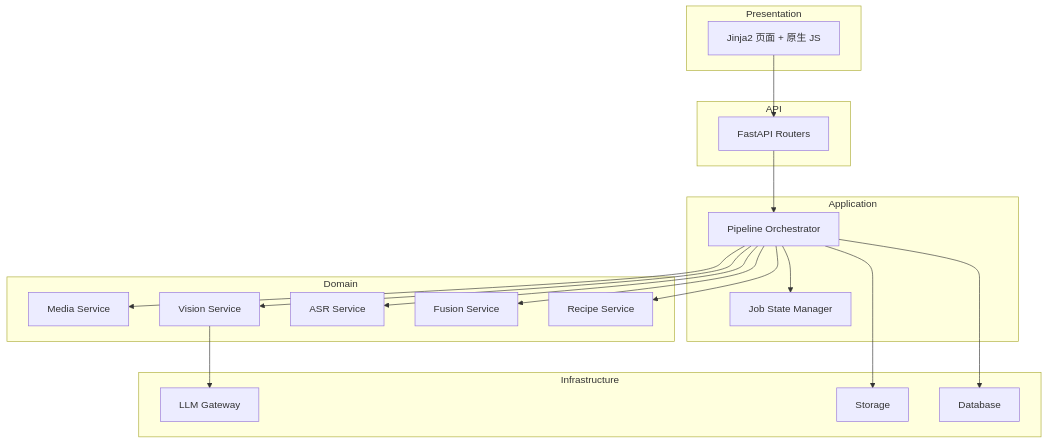
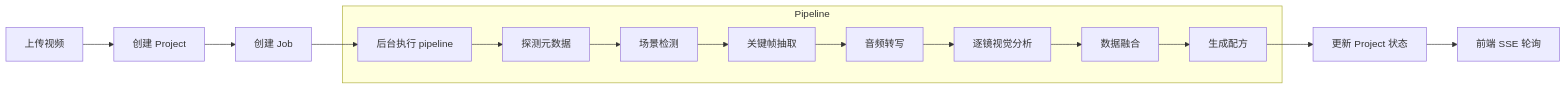
One commit to MrWXF/video-reverse-studio changed the first of 2 diagrams in docs/02-architecture.md. Above: the diagram before and after it, drawn with Mermaid. The commit also changed other lines of this file and 37 other files, not shown here.

````diff
--- a/docs/02-architecture.md
+++ b/docs/02-architecture.md
@@ -45,37 +328,19 @@
 ```mermaid
-flowchart TB
-    subgraph Presentation
-        UI[Jinja2 页面 + 原生 JS]
+flowchart LR
+    A[上传视频] --> B[创建 Project]
+    B --> C[创建 Job]
+    C --> D[后台执行 pipeline]
+    
+    subgraph Pipeline
+        D --> E[探测元数据]
+        E --> F[场景检测]
+        F --> G[关键帧抽取]
+        G --> H[音频转写]
+        H --> I[逐镜视觉分析]
+        I --> J[数据融合]
+        J --> K[生成配方]
     end
-    subgraph API
-        R[FastAPI Routers]
-    end
-    subgraph Application
-        P[Pipeline Orchestrator]
-        J[Job State Manager]
-    end
-    subgraph Domain
-        M[Media Service]
-        V[Vision Service]
-        A[ASR Service]
-        F[Fusion Service]
-        RP[Recipe Service]
-    end
-    subgraph Infrastructure
-        L[LLM Gateway]
-        S[Storage]
-        D[Database]
-    end
-
-    UI --> R
-    R --> P
-    P --> J
-    P --> M
-    P --> V
-    P --> A
-    P --> F
-    P --> RP
-    V --> L
-    P --> S
-    P --> D
+    
+    K --> L[更新 Project 状态]
+    L --> M[前端 SSE 轮询]
 ```
````
